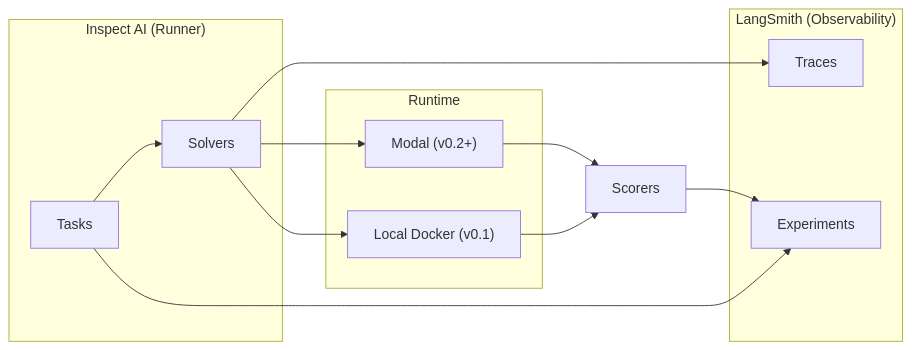
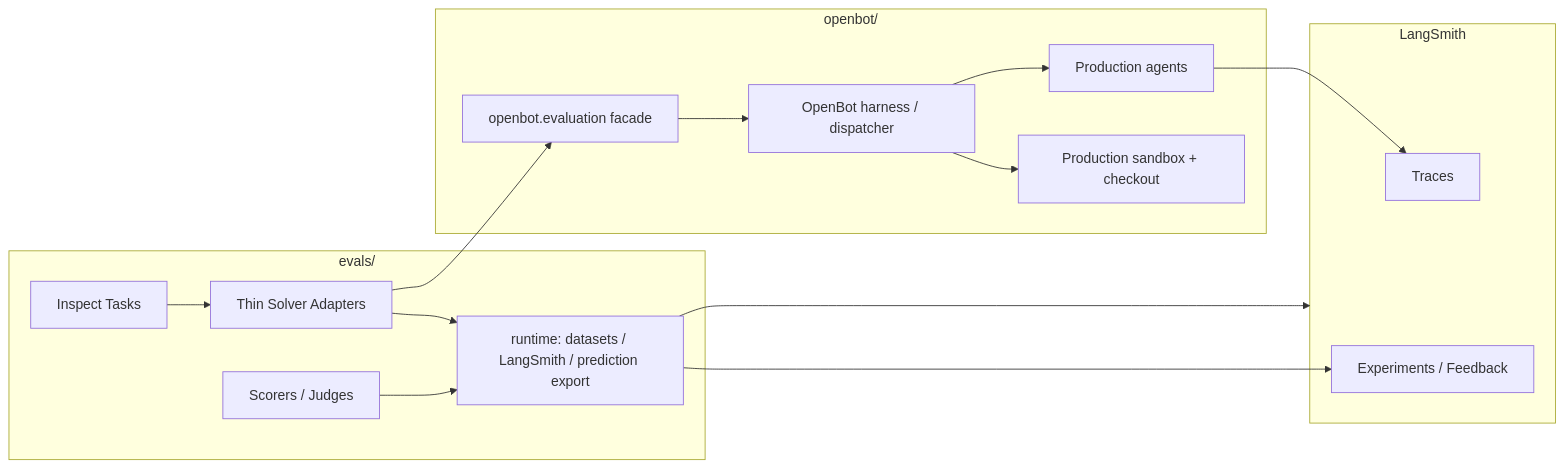
One commit to YiAgent/openbot changed the diagram in docs/prd/openbot-eval-prd.md. Above: the diagram before and after it, drawn with Mermaid. The commit also changed other lines of this file and 162 other files, not shown here.

First line of the commit message:
feat: unified sandbox entry + classifier-routed dispatcher (v0.1.0) (#71)

````diff
--- a/docs/prd/openbot-eval-prd.md
+++ b/docs/prd/openbot-eval-prd.md
@@ -50,17 +57,28 @@
 ```mermaid
 flowchart LR
-    subgraph Inspect["Inspect AI (Runner)"]
-        T["Tasks"] --> Sol["Solvers"]
+    subgraph Evals["evals/"]
+        Task["Inspect Tasks"]
+        Solver["Thin Solver Adapters"]
+        Runtime["runtime: datasets / LangSmith / prediction export"]
+        Scorer["Scorers / Judges"]
     end
-    subgraph Runtime["Runtime"]
-        Sol --> D["Local Docker (v0.1)"]
-        Sol --> M["Modal (v0.2+)"]
+
+    subgraph Product["openbot/"]
+        Facade["openbot.evaluation facade"]
+        Harness["OpenBot harness / dispatcher"]
+        Agent["Production agents"]
+        Sandbox["Production sandbox + checkout"]
     end
-    subgraph LS["LangSmith (Observability)"]
-        Sol --> Tr["Traces"]
-        T --> Exp["Experiments"]
+
+    subgraph LS["LangSmith"]
+        Trace["Traces"]
+        Exp["Experiments / Feedback"]
     end
-    D --> Sc["Scorers"]
-    M --> Sc
-    Sc --> Exp
+
+    Task --> Solver --> Facade --> Harness --> Agent
+    Harness --> Sandbox
+    Solver --> Runtime --> LS
+    Scorer --> Runtime
+    Runtime --> Exp
+    Agent --> Trace
 ```
````
